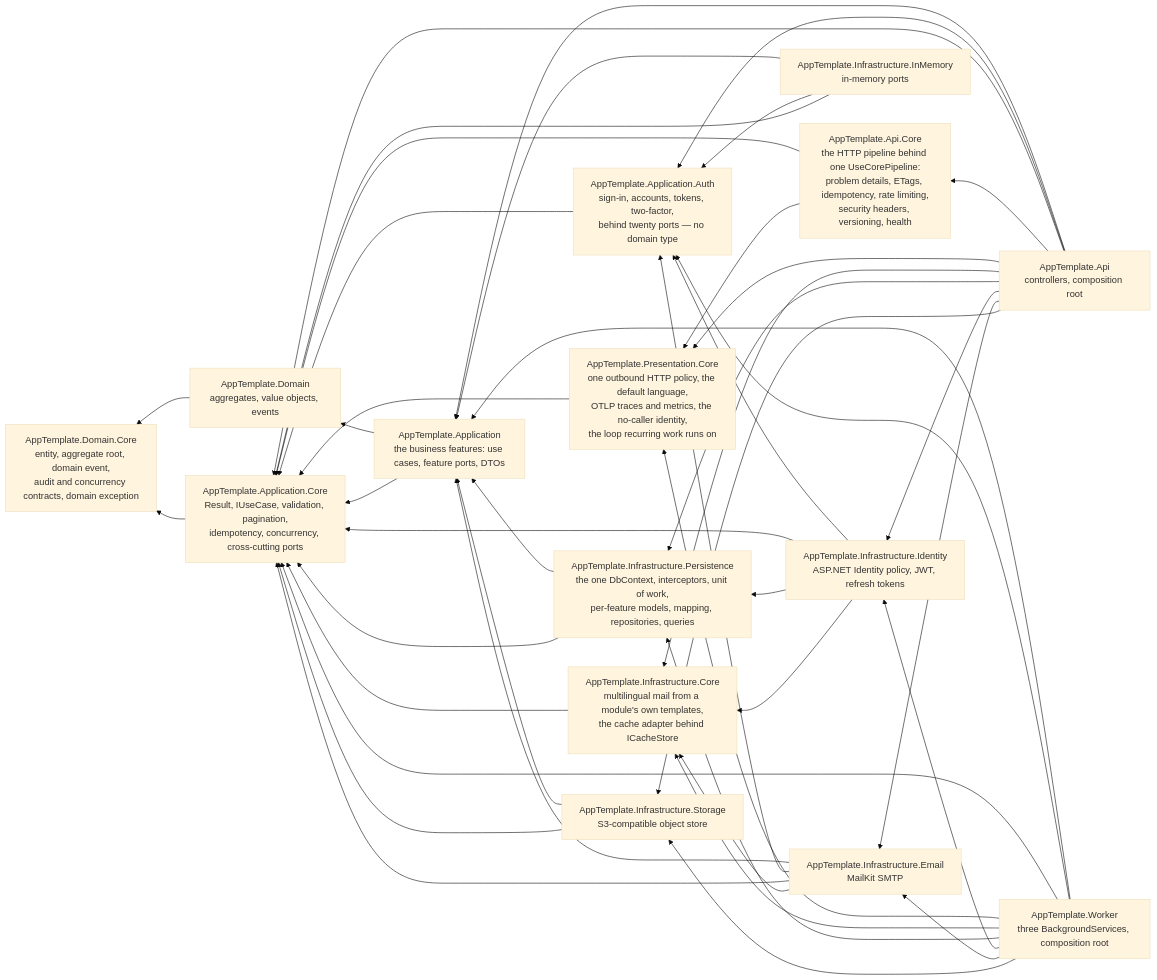
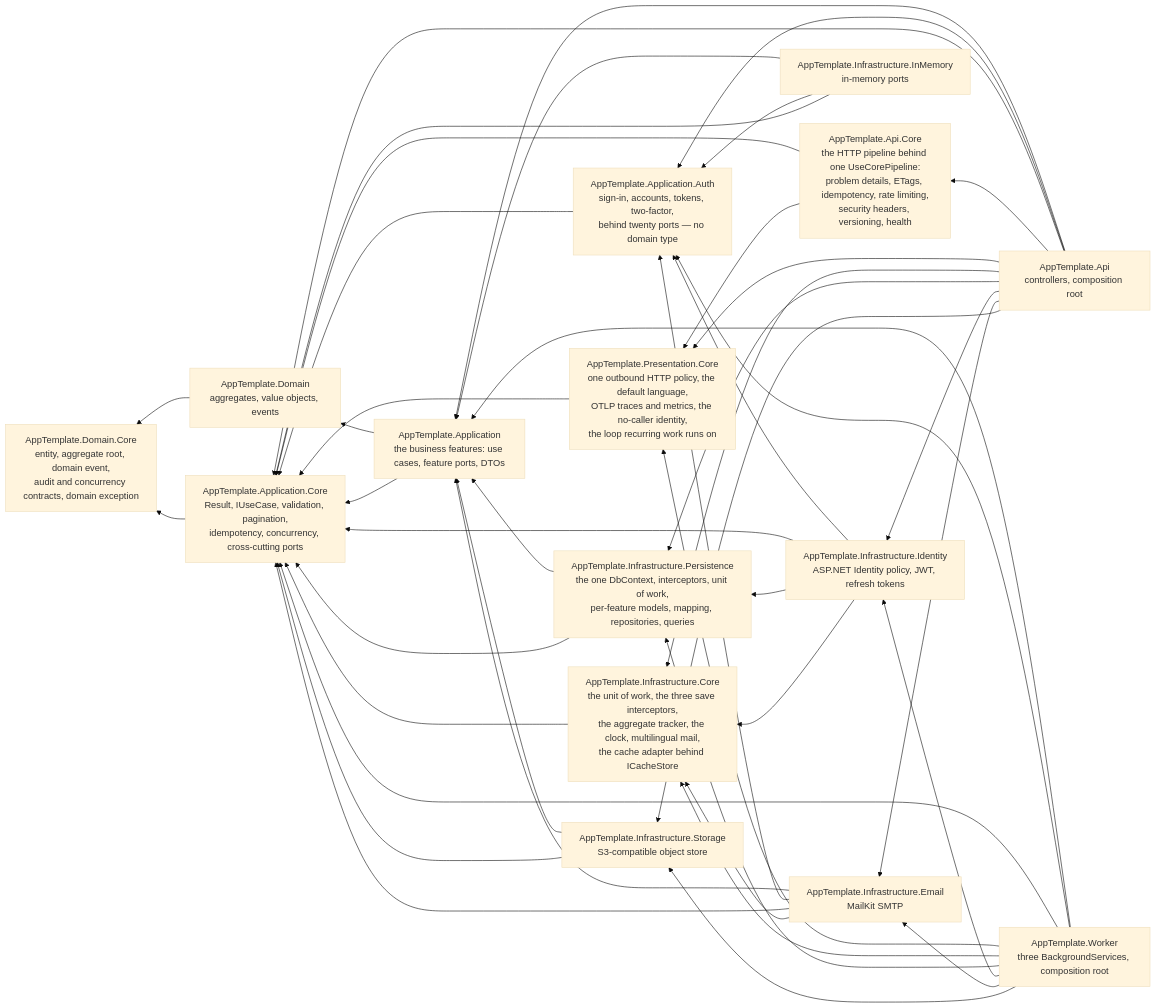
One commit to Pierre-MarieMarchio/Template-DotNet_Clean_Architecture changed the diagram in docs/ARCHITECTURE.md. Above: the diagram before and after it, drawn with Mermaid (base theme). The commit also changed other lines of this file and 3 other files, not shown here.

First line of the commit message:
docs: the infrastructure layer's agnostic half holds three subjects now

````diff
--- a/docs/ARCHITECTURE.md
+++ b/docs/ARCHITECTURE.md
@@ -30,62 +30,62 @@
 ```mermaid
 graph RL
     Api[AppTemplate.Api<br/>controllers, composition root]
     Worker[AppTemplate.Worker<br/>three BackgroundServices, composition root]
     ApiCore[AppTemplate.Api.Core<br/>the HTTP pipeline behind one UseCorePipeline:<br/>problem details, ETags, idempotency, rate limiting,<br/>security headers, versioning, health]
     PresCore[AppTemplate.Presentation.Core<br/>one outbound HTTP policy, the default language,<br/>OTLP traces and metrics, the no-caller identity,<br/>the loop recurring work runs on]
     Ident[AppTemplate.Infrastructure.Identity<br/>ASP.NET Identity policy, JWT, refresh tokens]
     Mail[AppTemplate.Infrastructure.Email<br/>MailKit SMTP]
     Store[AppTemplate.Infrastructure.Storage<br/>S3-compatible object store]
     Mem[AppTemplate.Infrastructure.InMemory<br/>in-memory ports]
     Pers[AppTemplate.Infrastructure.Persistence<br/>the one DbContext, interceptors, unit of work,<br/>per-feature models, mapping, repositories, queries]
-    InfraCore[AppTemplate.Infrastructure.Core<br/>multilingual mail from a module's own templates,<br/>the cache adapter behind ICacheStore]
+    InfraCore[AppTemplate.Infrastructure.Core<br/>the unit of work, the three save interceptors,<br/>the aggregate tracker, the clock, multilingual mail,<br/>the cache adapter behind ICacheStore]
     App[AppTemplate.Application<br/>the business features: use cases, feature ports, DTOs]
     Auth[AppTemplate.Application.Auth<br/>sign-in, accounts, tokens, two-factor,<br/>behind twenty ports — no domain type]
     AppCore[AppTemplate.Application.Core<br/>Result, IUseCase, validation, pagination,<br/>idempotency, concurrency, cross-cutting ports]
     Dom[AppTemplate.Domain<br/>aggregates, value objects, events]
     DomCore[AppTemplate.Domain.Core<br/>entity, aggregate root, domain event,<br/>audit and concurrency contracts, domain exception]
 
     Dom --> DomCore
     AppCore --> DomCore
     App --> Dom
     App --> AppCore
     Auth --> AppCore
     PresCore --> AppCore
     ApiCore --> AppCore
     ApiCore --> PresCore
     InfraCore --> AppCore
     Pers --> App
     Pers --> AppCore
     Ident --> Auth
     Ident --> AppCore
     Ident --> Pers
     Ident --> InfraCore
     Mail --> App
     Mail --> Auth
     Mail --> AppCore
     Mail --> InfraCore
     Store --> App
     Store --> AppCore
     Mem --> App
     Mem --> Auth
     Mem --> AppCore
     Api --> App
     Api --> Auth
     Api --> AppCore
     Api --> ApiCore
     Api --> PresCore
     Api --> InfraCore
     Api --> Pers
     Api --> Ident
     Api --> Mail
     Api --> Store
     Worker --> App
     Worker --> Auth
     Worker --> AppCore
     Worker --> PresCore
     Worker --> InfraCore
     Worker --> Pers
     Worker --> Ident
     Worker --> Mail
     Worker --> Store
 ```
````
